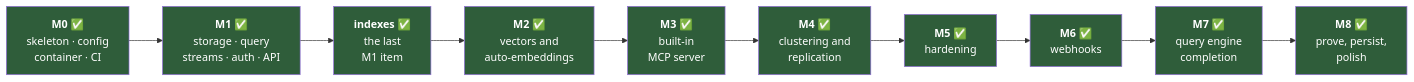
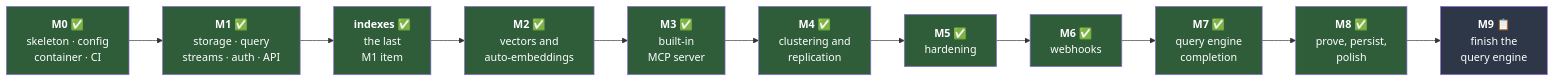
Before and after one commit to titusai-io/kimmydb: the first of 4 diagrams in docs/roadmap.md, drawn with Mermaid. The commit also changed other lines of this file and 2 other files, not shown here.

````diff
--- a/docs/roadmap.md
+++ b/docs/roadmap.md
@@ -12,26 +12,28 @@
 ```mermaid
 graph LR
     M0["<b>M0</b> ✅<br/>skeleton · config<br/>container · CI"]
     M1["<b>M1</b> ✅<br/>storage · query<br/>streams · auth · API"]
     IDX["<b>indexes</b> ✅<br/>the last<br/>M1 item"]
     M2["<b>M2</b> ✅<br/>vectors and<br/>auto-embeddings"]
     M3["<b>M3</b> ✅<br/>built-in<br/>MCP server"]
     M4["<b>M4</b> ✅<br/>clustering and<br/>replication"]
     M5["<b>M5</b> ✅<br/>hardening"]
     M6["<b>M6</b> ✅<br/>webhooks"]
     M7["<b>M7</b> ✅<br/>query engine<br/>completion"]
     M8["<b>M8</b> ✅<br/>prove, persist,<br/>polish"]
+    M9["<b>M9</b> 📋<br/>finish the<br/>query engine"]
 
-    M0 --> M1 --> IDX --> M2 --> M3 --> M4 --> M5 --> M6 --> M7 --> M8
+    M0 --> M1 --> IDX --> M2 --> M3 --> M4 --> M5 --> M6 --> M7 --> M8 --> M9
 
     style M0 fill:#2f5d3a,color:#fff
     style M1 fill:#2f5d3a,color:#fff
     style IDX fill:#2f5d3a,color:#fff
     style M2 fill:#2f5d3a,color:#fff
     style M3 fill:#2f5d3a,color:#fff
     style M4 fill:#2f5d3a,color:#fff
     style M5 fill:#2f5d3a,color:#fff
     style M6 fill:#2f5d3a,color:#fff
     style M7 fill:#2f5d3a,color:#fff
     style M8 fill:#2f5d3a,color:#fff
+    style M9 fill:#2d3748,color:#fff
 ```
````
